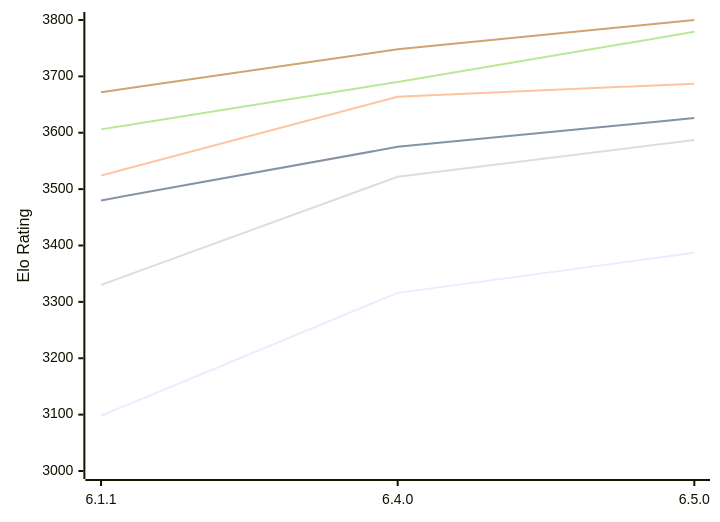
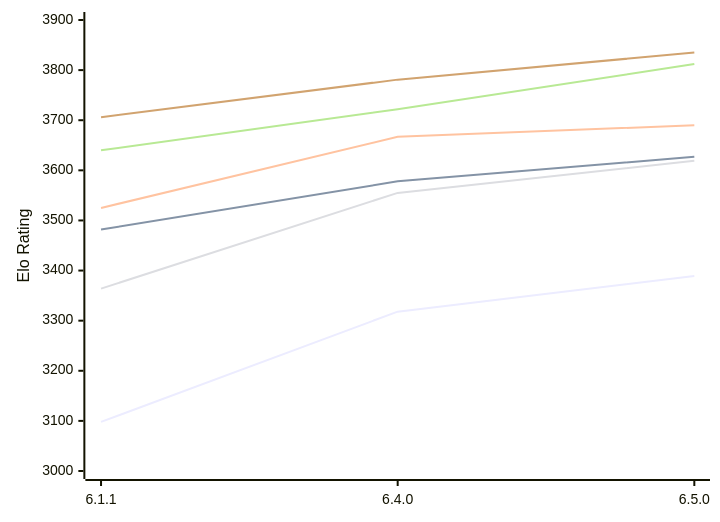
Before and after one commit to computer-chess-index/cci: the first of 2 diagrams in engines/Zigqueen.md, drawn with Mermaid. The commit also changed other lines of this file, not shown here.

Commit message:
Update CCI Ratings (ELO VLTC) - 2026-11-05

````diff
--- a/engines/Zigqueen.md
+++ b/engines/Zigqueen.md
@@ -55,12 +55,12 @@
 ```mermaid
 %%{init: {"theme":"base","themeVariables":{"seriesColors:['#a3a3a3','#222221','#faa371']}}}%%
 xychart-beta
   x-axis ["6.1.1", "6.4.0", "6.5.0"]
-  y-axis "Elo Rating" 3000 --> 3800
-  line "E1: STC (8.0+0.08s)" [3098, 3316, 3387]
-  line "E1: LTC (60.0+0.60s)" [3480, 3575, 3626]
-  line "E1: VLTC (2m24s+1.12s)" [3524, 3664, 3687]
-  line "P1: STC (8.0+0.08s)" [3330, 3522, 3587]
-  line "P1: LTC (60.0+0.60s)" [3606, 3690, 3779]
-  line "P1: VLTC (2m24s+1.12s)" [3672, 3748, 3800]
+  y-axis "Elo Rating" 3000 --> 3900
+  line "E1: STC (8.0+0.08s)" [3098, 3318, 3389]
+  line "E1: LTC (60.0+0.60s)" [3482, 3578, 3627]
+  line "E1: VLTC (2m24s+1.12s)" [3525, 3667, 3690]
+  line "P1: STC (8.0+0.08s)" [3364, 3555, 3619]
+  line "P1: LTC (60.0+0.60s)" [3640, 3722, 3812]
+  line "P1: VLTC (2m24s+1.12s)" [3706, 3781, 3835]
 ```
````
